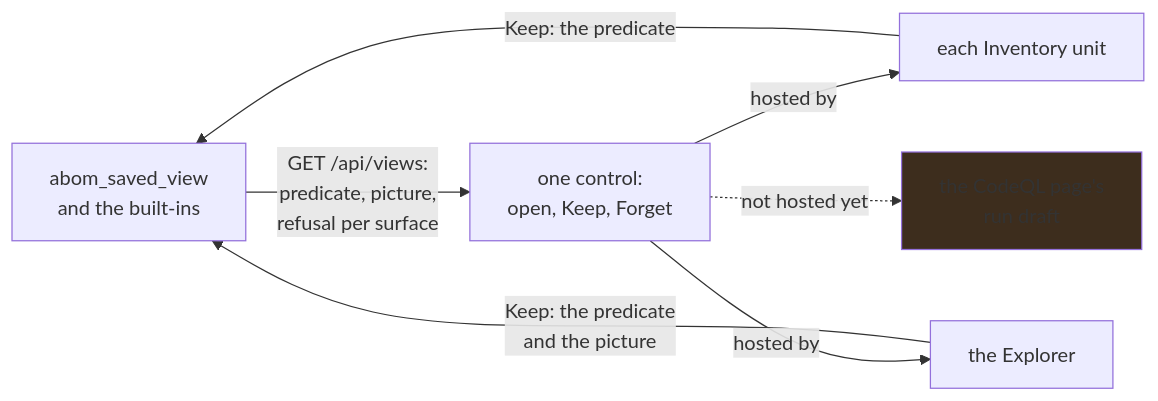
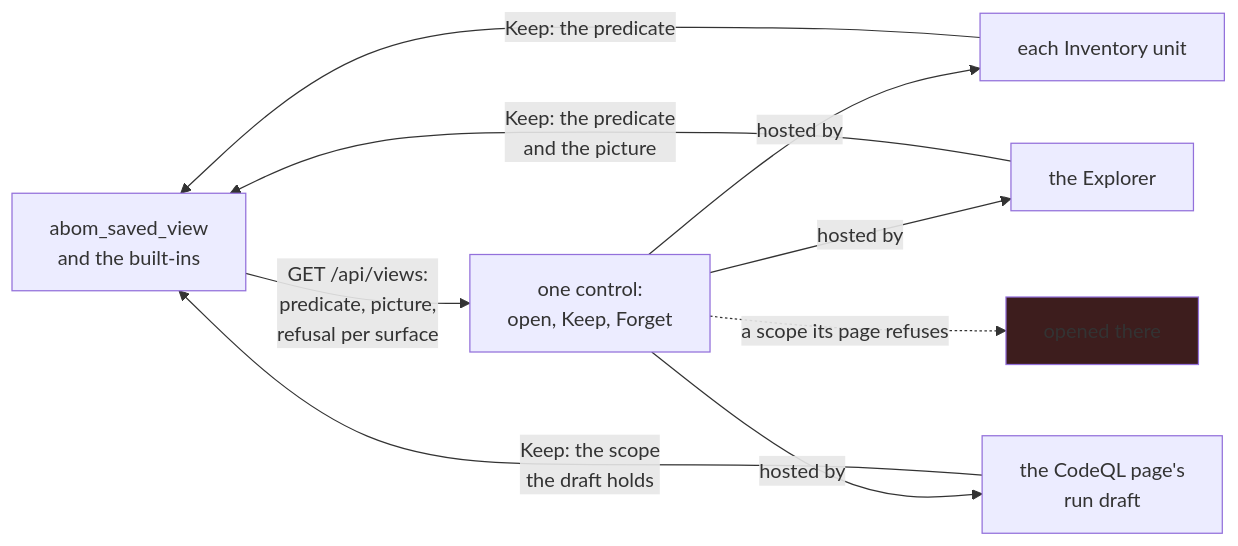
The ninth of 10 diagrams in docs/architecture.md (advanced-security/codeql-abom), drawn with Mermaid before and after one commit. The commit also changed other lines of this file and 167 other files, not shown here.

````diff
--- a/docs/architecture.md
+++ b/docs/architecture.md
@@ -550,10 +684,12 @@
 ```mermaid
 flowchart LR
     VIEWS["abom_saved_view<br/>and the built-ins"] -->|"GET /api/views:<br/>predicate, picture,<br/>refusal per surface"| CTRL["one control:<br/>open, Keep, Forget"]
     CTRL -->|"hosted by"| INV["each Inventory unit"]
     CTRL -->|"hosted by"| EXP["the Explorer"]
+    CTRL -->|"hosted by"| CQL["the CodeQL page's<br/>run draft"]
     INV -->|"Keep: the predicate"| VIEWS
     EXP -->|"Keep: the predicate<br/>and the picture"| VIEWS
-    CTRL -. "not hosted yet" .-> CQL["the CodeQL page's<br/>run draft"]
-    style CQL fill:#3d2d1d
+    CQL -->|"Keep: the scope<br/>the draft holds"| VIEWS
+    CTRL -. "a scope its page refuses" .-> OPEN["opened there"]
+    style OPEN fill:#3d1d1d
 ```
````
